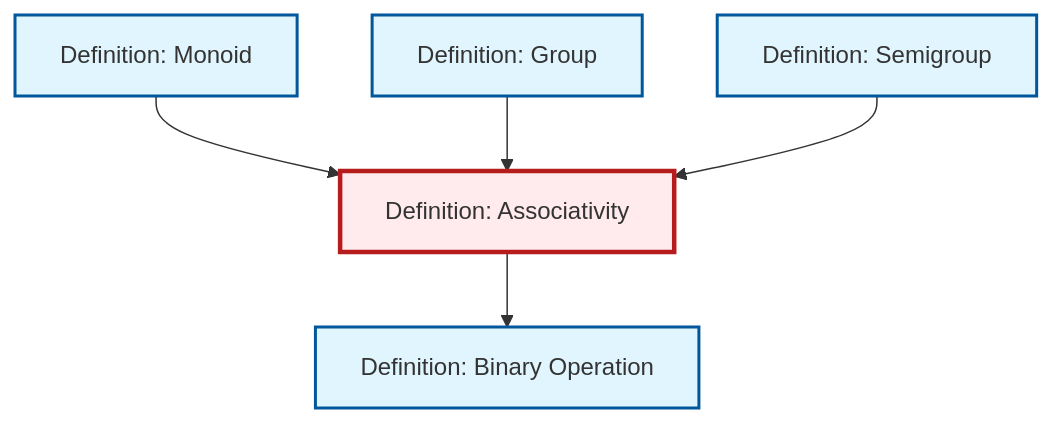
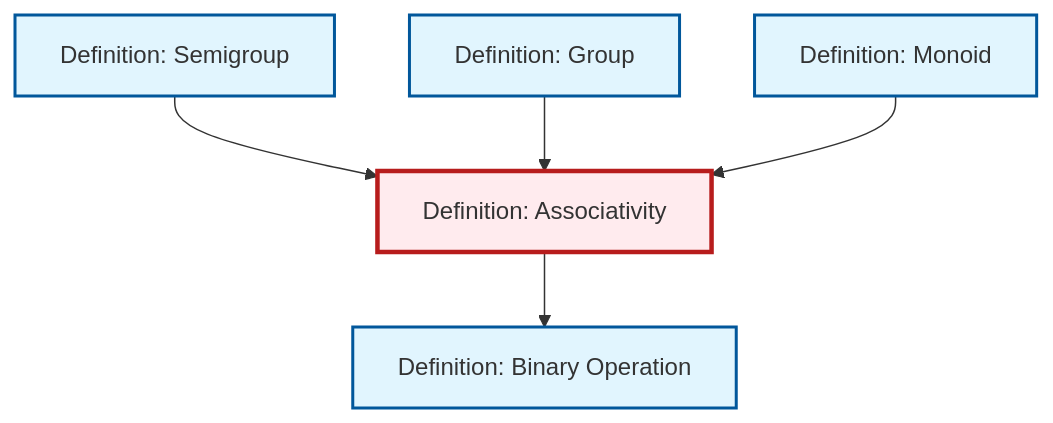
Before and after one commit to RK0429/ModernMath: the diagram in content/en/algebra/def-associativity.qmd, drawn with Mermaid. The commit also changed other lines of this file and 634 other files, not shown here.

````diff
--- a/content/en/algebra/def-associativity.qmd
+++ b/content/en/algebra/def-associativity.qmd
@@ -88,23 +88,23 @@
 ```{mermaid}
 %%| fig-cap: "Local dependency graph"
 graph TD
     classDef definition fill:#e1f5fe,stroke:#01579b,stroke-width:2px
     classDef theorem fill:#f3e5f5,stroke:#4a148c,stroke-width:2px
     classDef axiom fill:#fff3e0,stroke:#e65100,stroke-width:2px
     classDef example fill:#e8f5e9,stroke:#1b5e20,stroke-width:2px
     classDef current fill:#ffebee,stroke:#b71c1c,stroke-width:3px
+    def-monoid["Definition: Monoid"]:::definition
+    def-group["Definition: Group"]:::definition
     def-binary-operation["Definition: Binary Operation"]:::definition
     def-associativity["Definition: Associativity"]:::definition
     def-semigroup["Definition: Semigroup"]:::definition
-    def-group["Definition: Group"]:::definition
-    def-monoid["Definition: Monoid"]:::definition
+    def-semigroup --> def-associativity
+    def-group --> def-associativity
     def-associativity --> def-binary-operation
     def-monoid --> def-associativity
-    def-group --> def-associativity
-    def-semigroup --> def-associativity
     class def-associativity current
+    click def-monoid "def-monoid.html" "Go to Monoid definition"
+    click def-group "def-group.html" "Go to Group definition"
     click def-binary-operation "def-binary-operation.html" "Go to Binary Operation definition"
     click def-semigroup "def-semigroup.html" "Go to Semigroup definition"
-    click def-group "def-group.html" "Go to Group definition"
-    click def-monoid "def-monoid.html" "Go to Monoid definition"
 ```
````
